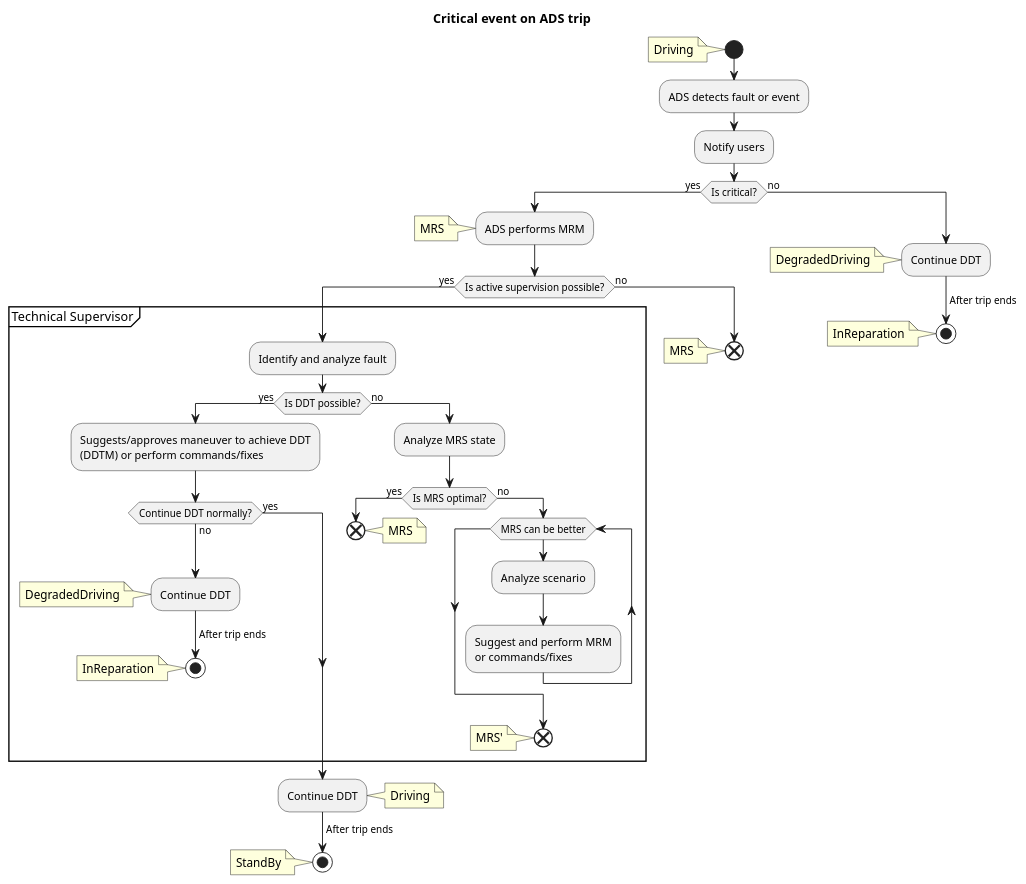
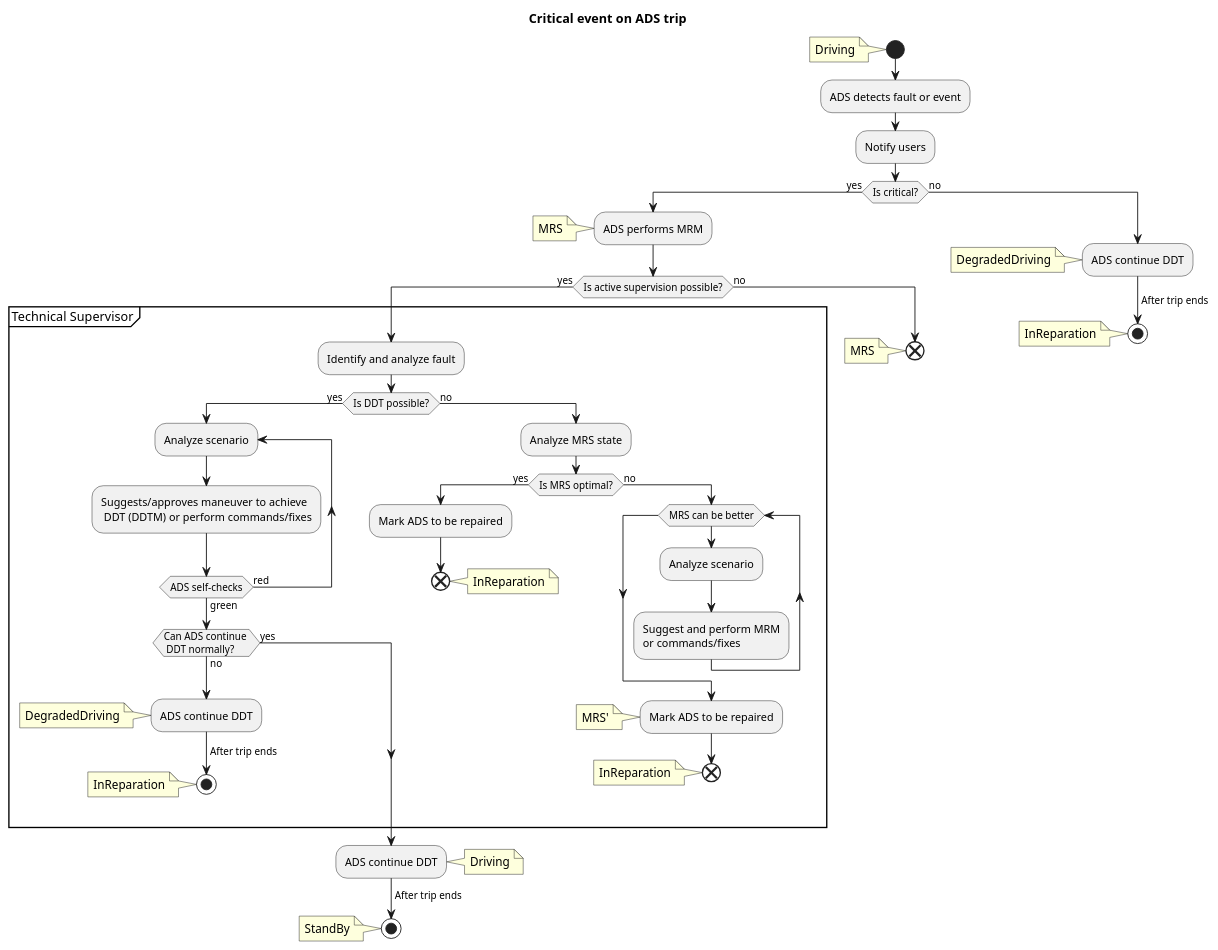
One commit to bruno-motorai/uml changed the diagram in vehicles/elevated_risk_situation_v2.pu. Above: the diagram before and after it, drawn with PlantUML.

Commit message:
Add ADS self-checks to activities diagram

```diff
--- a/vehicles/elevated_risk_situation_v2.pu
+++ b/vehicles/elevated_risk_situation_v2.pu
@@ -1,79 +1,83 @@
 @startuml "ADS fault"
 <style>
 note {
   .red {
         BackgroundColor red
    }
 }
 </style>
 
 skinparam ConditionEndStyle hline
 title Critical event on ADS trip
 
 start
 note left: Driving
 
 :ADS detects fault or event;
 :Notify users;
 
 if (Is critical?) equals(yes) then
     :ADS performs MRM;
     note left: MRS
 
     if(Is active supervision possible?) equals (yes) then
 
         group Technical Supervisor
             :Identify and analyze fault;
+            if(Is DDT possible?) equals (yes) then
 
-            if(Is DDT possible?) equals (yes) then
-                :Suggests/approves maneuver to achieve DDT
-                (DDTM) or perform commands/fixes;
+                repeat :Analyze scenario;
+                :Suggests/approves maneuver to achieve\n DDT (DDTM) or perform commands/fixes;
+                repeat while (ADS self-checks) is (red) not (green)
 
-                if (Continue DDT normally?) equals (yes) then
-                else (no)
+                if (Can ADS continue \n DDT normally?) equals (no) then
                     label aux_label
-                    :Continue DDT;
+                    :ADS continue DDT;
                     note left: DegradedDriving
                     -> After trip ends;
                     stop
                     note left: InReparation
+                else (yes)
                 endif
                 
             else (no)
                 :Analyze MRS state;
                 if (Is MRS optimal?) equals (yes) then
+                    :Mark ADS to be repaired;
                     end
-                    note right: MRS
+                    note right: InReparation
                 else (no)
                     while (MRS can be better)
                         :Analyze scenario;
                         :Suggest and perform MRM 
                         or commands/fixes;
                     endwhile
+                    :Mark ADS to be repaired;
+                    note left: MRS'
                     end
-                    note left: MRS'
+                    note left: InReparation
                 endif
             endif
 
             
         end group                
         
-        :Continue DDT;
+        :ADS continue DDT;
         note right: Driving
         -> After trip ends;
         stop
         note left: StandBy
     else (no)
         label space_label
         end
         note left: MRS
     endif
 else (no)
     label degraded_ddt
-    :Continue DDT;
+    :ADS continue DDT;
     note left: DegradedDriving
     -> After trip ends;
     stop
     note left: InReparation
 endif
 @enduml
```
